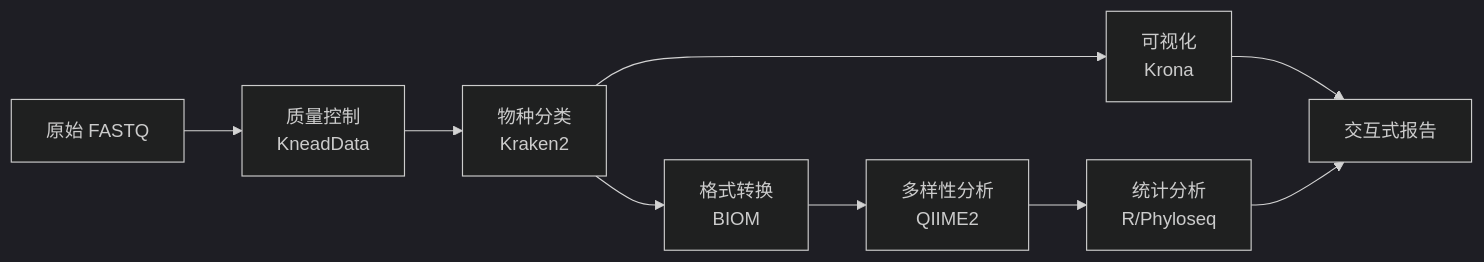
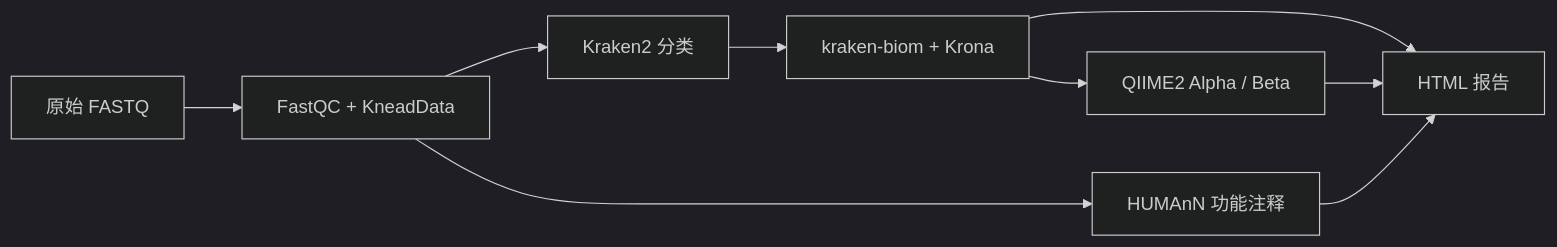
One commit to open-genomics/micos-2024 changed the diagram in README.md. Above: the diagram before and after it, drawn with Mermaid (dark theme). The commit also changed other lines of this file and 52 other files, not shown here.

````diff
--- a/README.md
+++ b/README.md
@@ -35,11 +94,11 @@
 ```mermaid
 graph LR
-    A[原始 FASTQ] --> B[质量控制<br/>KneadData]
-    B --> C[物种分类<br/>Kraken2]
-    C --> D[格式转换<br/>BIOM]
-    D --> E[多样性分析<br/>QIIME2]
-    C --> F[可视化<br/>Krona]
-    E --> G[统计分析<br/>R/Phyloseq]
-    F --> H[交互式报告]
-    G --> H
+    A[原始 FASTQ] --> B[FastQC + KneadData]
+    B --> C[Kraken2 分类]
+    C --> D[kraken-biom + Krona]
+    D --> E[QIIME2 Alpha / Beta]
+    B --> F[HUMAnN 功能注释]
+    D --> G[HTML 报告]
+    E --> G
+    F --> G
 ```
````
